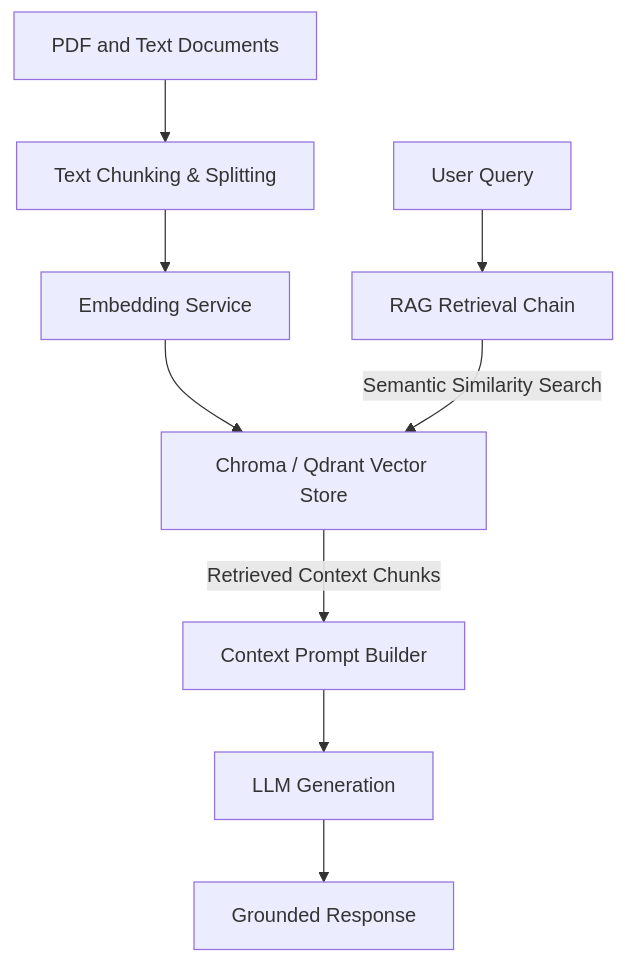
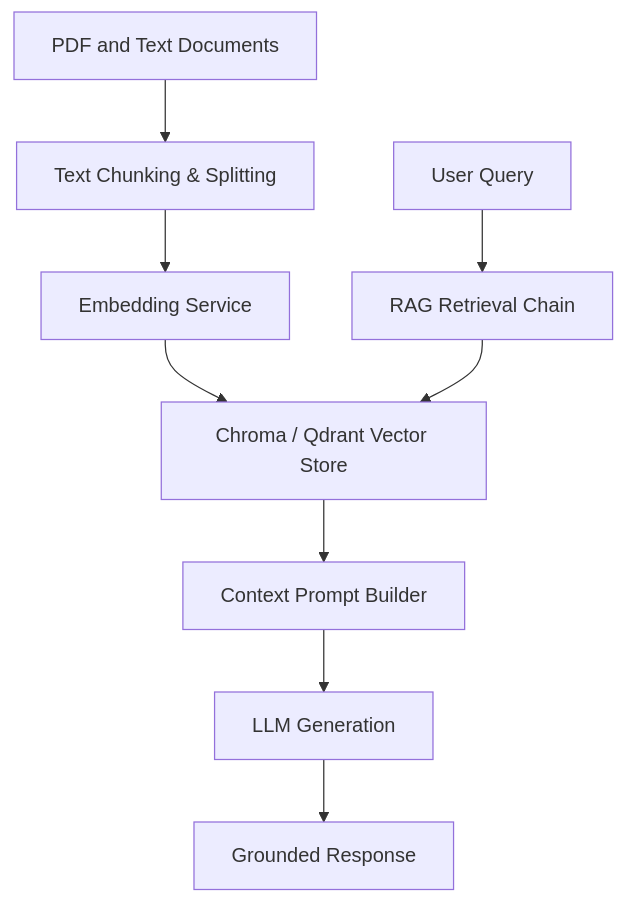
The fourth of 20 diagrams in genai_enterprise_usecases/ARCHITECTURE_GUIDE.md (sricheru/agentic-ai-portfolio), drawn with Mermaid before and after one commit. The commit also changed other lines of this file, not shown here.

Commit message:
fix(mermaid): switch to pure flowchart TD and remove label collisions

````diff
--- a/genai_enterprise_usecases/ARCHITECTURE_GUIDE.md
+++ b/genai_enterprise_usecases/ARCHITECTURE_GUIDE.md
@@ -83,12 +83,11 @@
 ```mermaid
-graph TD
-    Docs["PDF and Text Documents"] --> Ingestion["Text Chunking & Splitting"]
-    Ingestion --> Embedder["Embedding Service"]
-    Embedder --> VectorDB["Chroma / Qdrant Vector Store"]
-
-    User["User Query"] --> QueryEngine["RAG Retrieval Chain"]
-    QueryEngine -->|Semantic Similarity Search| VectorDB
-    VectorDB -->|Retrieved Context Chunks| ContextBuilder["Context Prompt Builder"]
-    ContextBuilder --> LLM["LLM Generation"]
-    LLM --> Answer["Grounded Response"]
+flowchart TD
+    Docs[PDF and Text Documents] --> Chunking[Text Chunking & Splitting]
+    Chunking --> Embedder[Embedding Service]
+    Embedder --> VectorDB[Chroma / Qdrant Vector Store]
+    User[User Query] --> QueryEngine[RAG Retrieval Chain]
+    QueryEngine --> VectorDB
+    VectorDB --> ContextBuilder[Context Prompt Builder]
+    ContextBuilder --> LLM[LLM Generation]
+    LLM --> Answer[Grounded Response]
 ```
````
